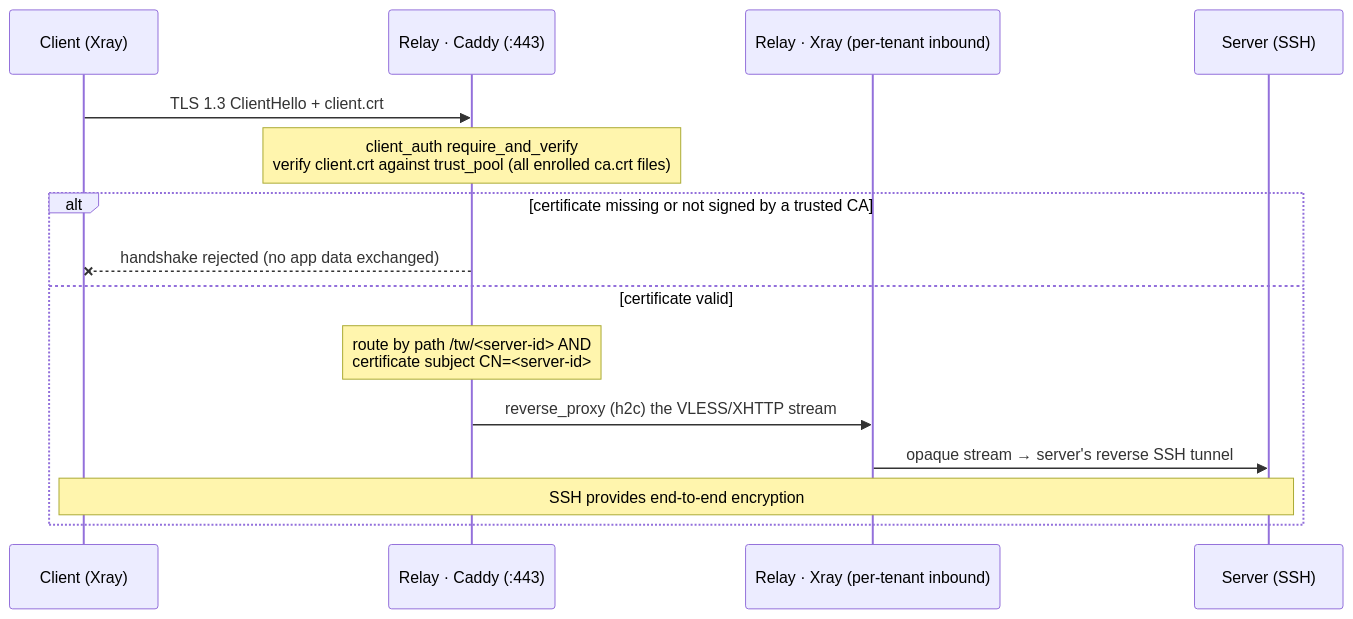
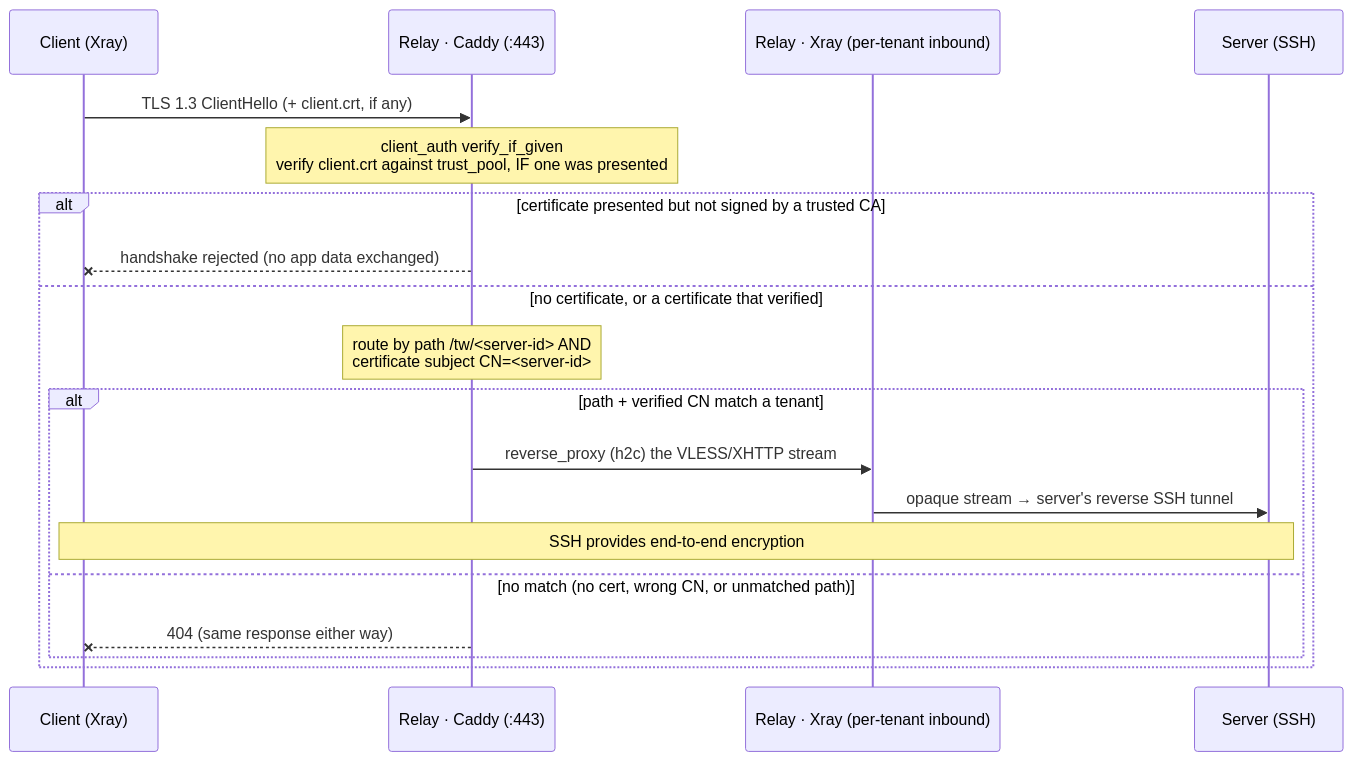
One commit to Tunnel-Whisperer/Tunnel-Whisperer changed the diagram in docs/security/relay-authentication.md. Above: the diagram before and after it, drawn with Mermaid. The commit also changed other lines of this file and 30 other files, not shown here.

Commit message:
docs: rewrite enrollment docs for invite flow

````diff
--- a/docs/security/relay-authentication.md
+++ b/docs/security/relay-authentication.md
@@ -73,18 +87,22 @@
 ```mermaid
 sequenceDiagram
     participant C as Client (Xray)
     participant Caddy as Relay · Caddy (:443)
     participant X as Relay · Xray (per-tenant inbound)
     participant S as Server (SSH)
 
-    C->>Caddy: TLS 1.3 ClientHello + client.crt
-    Note over Caddy: client_auth require_and_verify<br/>verify client.crt against trust_pool (all enrolled ca.crt files)
-    alt certificate missing or not signed by a trusted CA
+    C->>Caddy: TLS 1.3 ClientHello (+ client.crt, if any)
+    Note over Caddy: client_auth verify_if_given<br/>verify client.crt against trust_pool, IF one was presented
+    alt certificate presented but not signed by a trusted CA
         Caddy--xC: handshake rejected (no app data exchanged)
-    else certificate valid
+    else no certificate, or a certificate that verified
         Note over Caddy: route by path /tw/<server-id> AND<br/>certificate subject CN=<server-id>
-        Caddy->>X: reverse_proxy (h2c) the VLESS/XHTTP stream
-        X->>S: opaque stream → server's reverse SSH tunnel
-        Note over C,S: SSH provides end-to-end encryption
+        alt path + verified CN match a tenant
+            Caddy->>X: reverse_proxy (h2c) the VLESS/XHTTP stream
+            X->>S: opaque stream → server's reverse SSH tunnel
+            Note over C,S: SSH provides end-to-end encryption
+        else no match (no cert, wrong CN, or unmatched path)
+            Caddy--xC: 404 (same response either way)
+        end
     end
 ```
````
